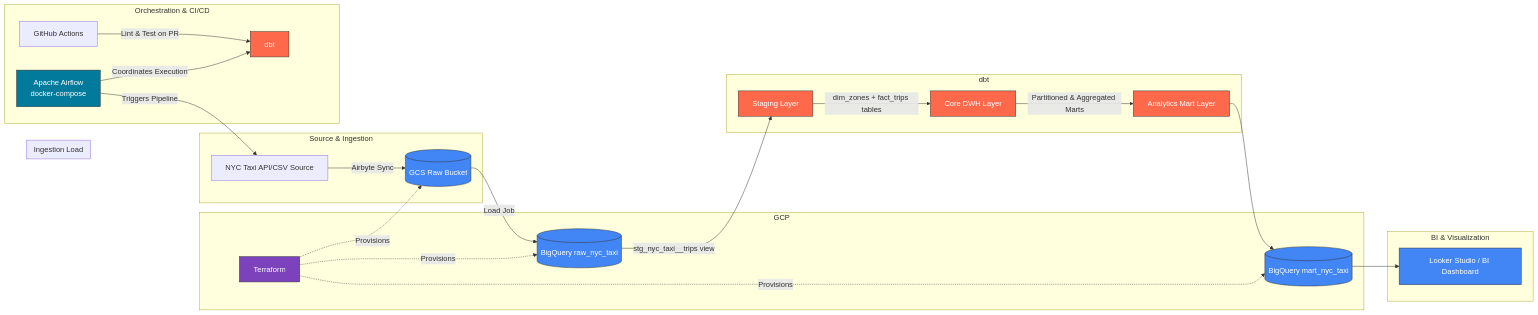
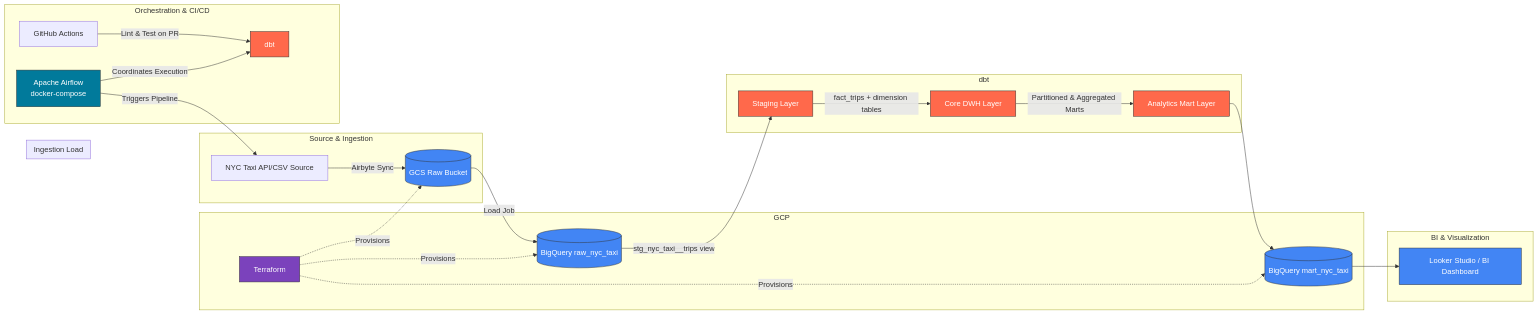
Before and after one commit to SagarMarthandan/NYC-Bigquery: the diagram in README.md, drawn with Mermaid. The commit also changed other lines of this file, not shown here.

Commit message:
fixed lineage graphs

````diff
--- a/README.md
+++ b/README.md
@@ -11,43 +11,43 @@
 ```mermaid
 graph LR
     subgraph Source & Ingestion
         API[NYC Taxi API/CSV Source] -->|Airbyte Sync| GCS[(GCS Raw Bucket)]
     end
 
     subgraph Storage & Infrastructure [GCP]
         TF[Terraform] -.->|Provisions| GCS
         TF -.->|Provisions| BQ_RAW[(BigQuery raw_nyc_taxi)]
         TF -.->|Provisions| BQ_MARTS[(BigQuery mart_nyc_taxi)]
     end
 
     subgraph Ingestion Load
         GCS -->|Load Job| BQ_RAW
     end
 
     subgraph Orchestration & CI/CD
         Airflow[Apache Airflow <br> docker-compose] -->|Triggers Pipeline| API
         Airflow -->|Coordinates Execution| dbt
         GH[GitHub Actions] -->|Lint & Test on PR| dbt
     end
 
     subgraph Transformation [dbt]
         BQ_RAW -->|stg_nyc_taxi__trips view| STG[Staging Layer]
-        STG -->|dim_zones + fact_trips tables| CORE[Core DWH Layer]
+        STG -->|fact_trips + dimension tables| CORE[Core DWH Layer]
         CORE -->|Partitioned & Aggregated Marts| MARTS[Analytics Mart Layer]
         MARTS --> BQ_MARTS
     end
 
     subgraph BI & Visualization
         BQ_MARTS --> Looker[Looker Studio / BI Dashboard]
     end
 
     classDef gcp fill:#4285F4,stroke:#333,stroke-width:1px,color:#fff;
     classDef tool fill:#FF694B,stroke:#333,stroke-width:1px,color:#fff;
     classDef air fill:#017A9B,stroke:#333,stroke-width:1px,color:#fff;
     classDef tf fill:#7B42BC,stroke:#333,stroke-width:1px,color:#fff;
 
     class GCS,BQ_RAW,BQ_MARTS,Looker gcp;
     class STG,CORE,MARTS,dbt tool;
     class Airflow air;
     class TF tf;
 ```
````
